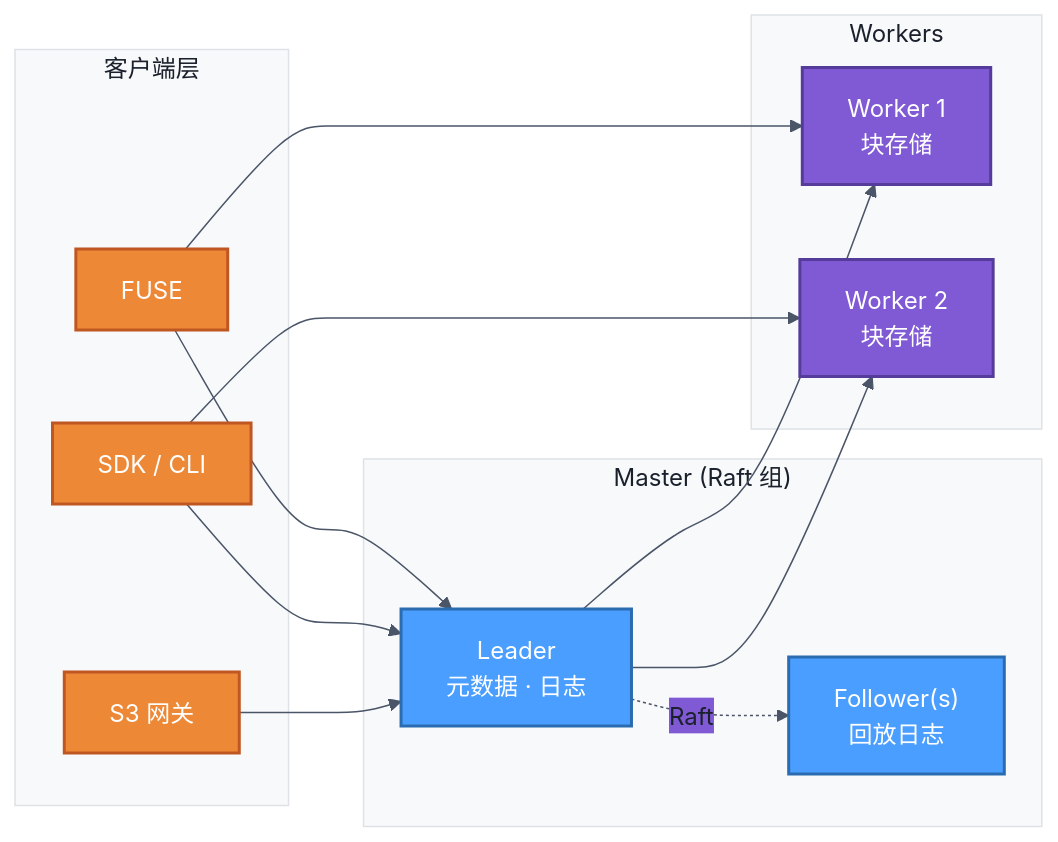
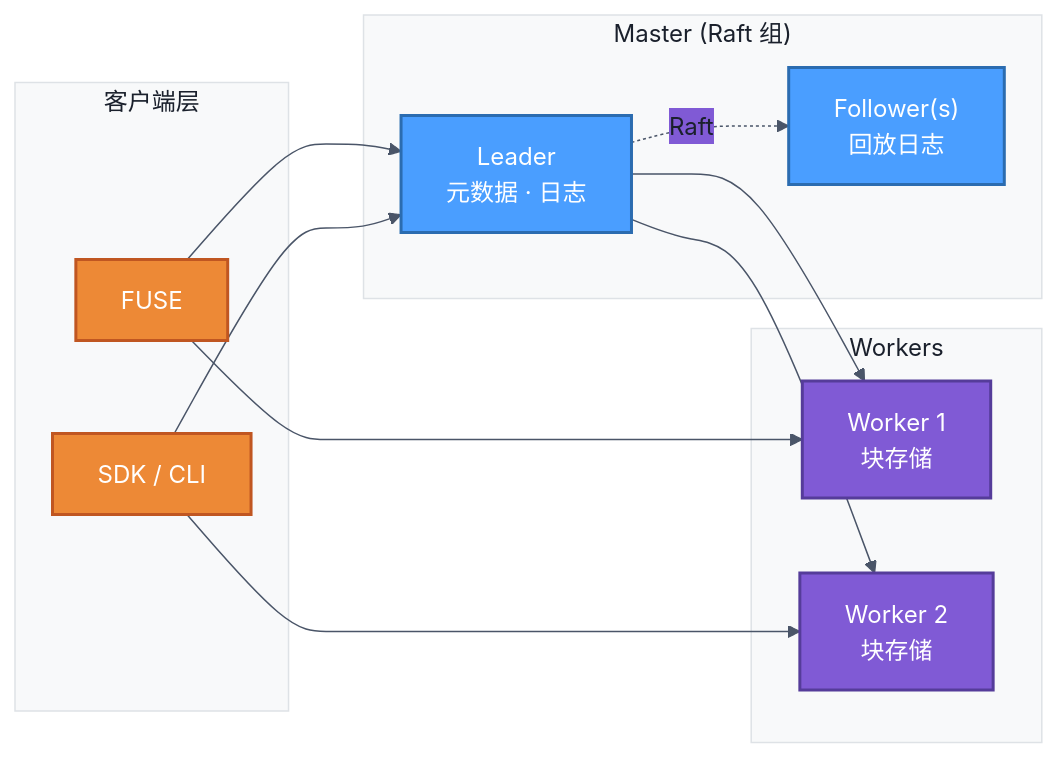
The diagram in i18n/zh-cn/docusaurus-plugin-content-docs/current/5-Architecture/01-introduction.md (CurvineIO/curvine-doc), drawn with Mermaid before and after one commit. The commit also changed other lines of this file and 5 other files, not shown here.

First line of the commit message:
docs(architecture): remove stale S3 gateway references

````diff
--- a/i18n/zh-cn/docusaurus-plugin-content-docs/current/5-Architecture/01-introduction.md
+++ b/i18n/zh-cn/docusaurus-plugin-content-docs/current/5-Architecture/01-introduction.md
@@ -13,35 +13,33 @@
 ```mermaid
 %%{init: {'theme': 'base', 'themeVariables': { 'background': '#ffffff', 'primaryColor': '#4a9eff', 'primaryTextColor': '#1a202c', 'primaryBorderColor': '#3182ce', 'lineColor': '#4a5568', 'secondaryColor': '#805ad5', 'tertiaryColor': '#38a169', 'mainBkg': '#ffffff', 'nodeBorder': '#4a5568', 'clusterBkg': '#f8f9fa', 'clusterBorder': '#dee2e6', 'titleColor': '#1a202c'}}}%%
 flowchart LR
     subgraph Client_Layer["客户端层"]
         FUSE[FUSE]
         SDK["SDK / CLI"]
-        S3["S3 网关"]
     end
 
     subgraph Master_Layer["Master (Raft 组)"]
         Leader["Leader<br/>元数据 · 日志"]
         Follower["Follower(s)<br/>回放日志"]
         Leader -. Raft .-> Follower
     end
 
     subgraph Worker_Layer["Workers"]
         W1["Worker 1<br/>块存储"]
         W2["Worker 2<br/>块存储"]
     end
 
     FUSE --> Leader
     SDK --> Leader
-    S3 --> Leader
     FUSE --> W1
     SDK --> W2
     Leader --> W1
     Leader --> W2
 
     classDef appStyle fill:#ed8936,stroke:#c05621,color:#fff,stroke-width:2px
     classDef masterStyle fill:#4a9eff,stroke:#2b6cb0,color:#fff,stroke-width:2px
     classDef workerStyle fill:#805ad5,stroke:#553c9a,color:#fff,stroke-width:2px
-    class FUSE,SDK,S3 appStyle
+    class FUSE,SDK appStyle
     class Leader,Follower masterStyle
     class W1,W2 workerStyle
 ```
````
